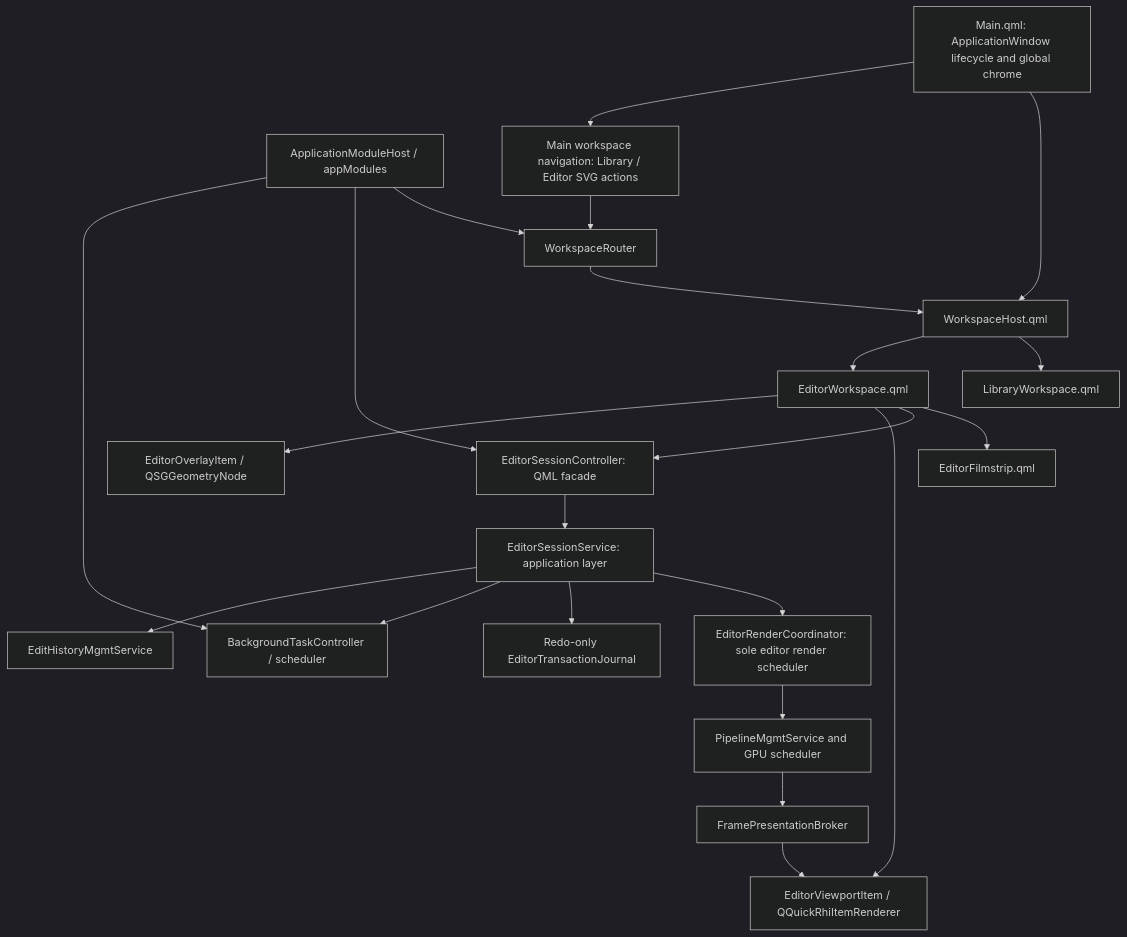
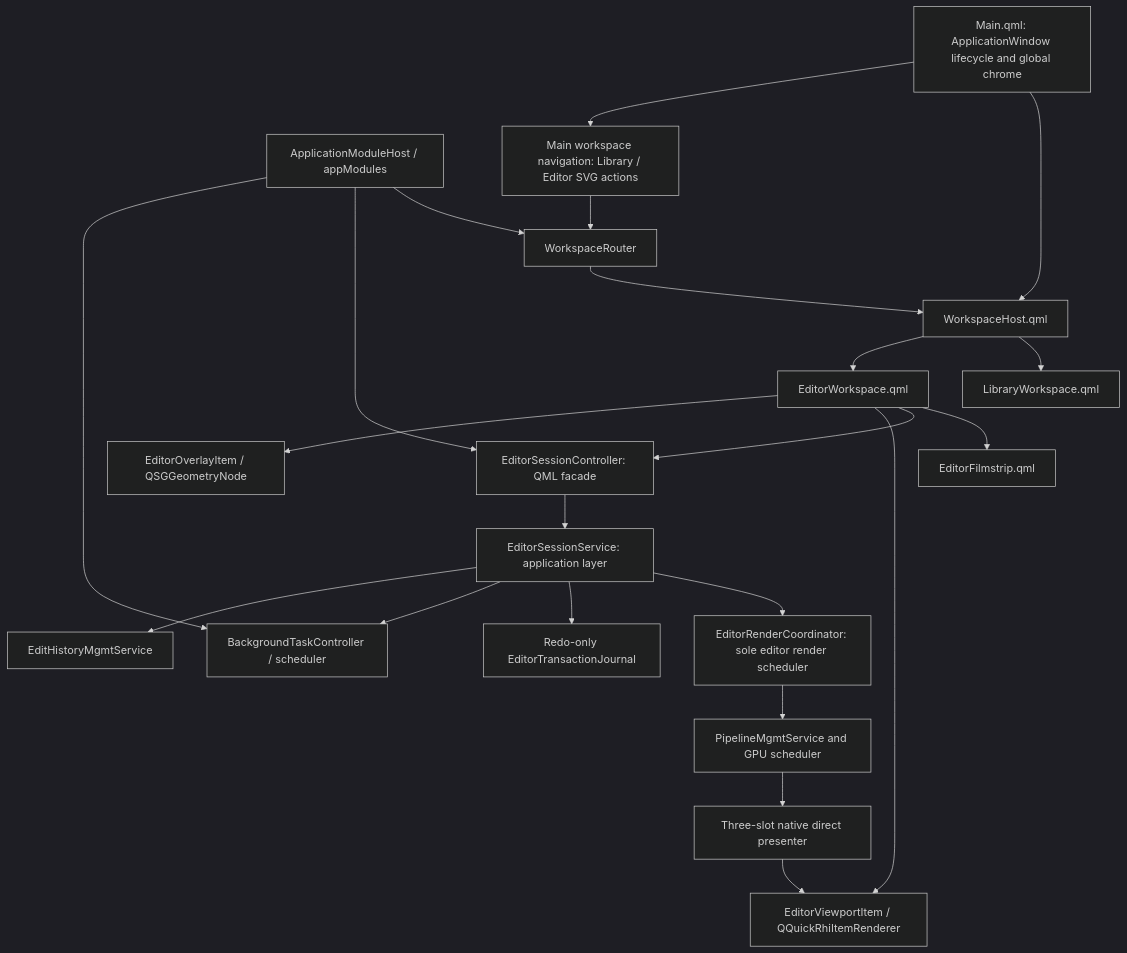
One commit to zidage/AlcedoStudio changed the diagram in docs/roadmap/alcedo_studio/ui/qml_editor_rhi_unified_workspace_plan.md. Above: the diagram before and after it, drawn with Mermaid (dark theme). The commit also changed other lines of this file and 31 other files, not shown here.

Commit message:
prog: Some exploration around the old frame presentation pipeline

````diff
--- a/docs/roadmap/alcedo_studio/ui/qml_editor_rhi_unified_workspace_plan.md
+++ b/docs/roadmap/alcedo_studio/ui/qml_editor_rhi_unified_workspace_plan.md
@@ -314,43 +314,43 @@
 ```mermaid
 flowchart TD
     Modules["ApplicationModuleHost / appModules"]
     Main["Main.qml: ApplicationWindow lifecycle and global chrome"]
     WorkspaceNav["Main workspace navigation: Library / Editor SVG actions"]
     WorkspaceHost["WorkspaceHost.qml"]
     Router["WorkspaceRouter"]
     Library["LibraryWorkspace.qml"]
     Editor["EditorWorkspace.qml"]
     Filmstrip["EditorFilmstrip.qml"]
     UiController["EditorSessionController: QML facade"]
     SessionService["EditorSessionService: application layer"]
     RenderCoordinator["EditorRenderCoordinator: sole editor render scheduler"]
     Journal["Redo-only EditorTransactionJournal"]
     Tasks["BackgroundTaskController / scheduler"]
     Pipeline["PipelineMgmtService and GPU scheduler"]
     History["EditHistoryMgmtService"]
     Viewport["EditorViewportItem / QQuickRhiItemRenderer"]
     Overlay["EditorOverlayItem / QSGGeometryNode"]
-    Broker["FramePresentationBroker"]
+    DirectPresenter["Three-slot native direct presenter"]
 
     Modules --> Router
     Modules --> UiController
     Modules --> Tasks
     Main --> WorkspaceHost
     Main --> WorkspaceNav
     WorkspaceNav --> Router
     Router --> WorkspaceHost
     WorkspaceHost --> Library
     WorkspaceHost --> Editor
     Editor --> Filmstrip
     Editor --> UiController
     Editor --> Viewport
     Editor --> Overlay
     UiController --> SessionService
     SessionService --> RenderCoordinator
     SessionService --> Journal
     SessionService --> Tasks
     RenderCoordinator --> Pipeline
     SessionService --> History
-    Pipeline --> Broker
-    Broker --> Viewport
+    Pipeline --> DirectPresenter
+    DirectPresenter --> Viewport
 ```
````
